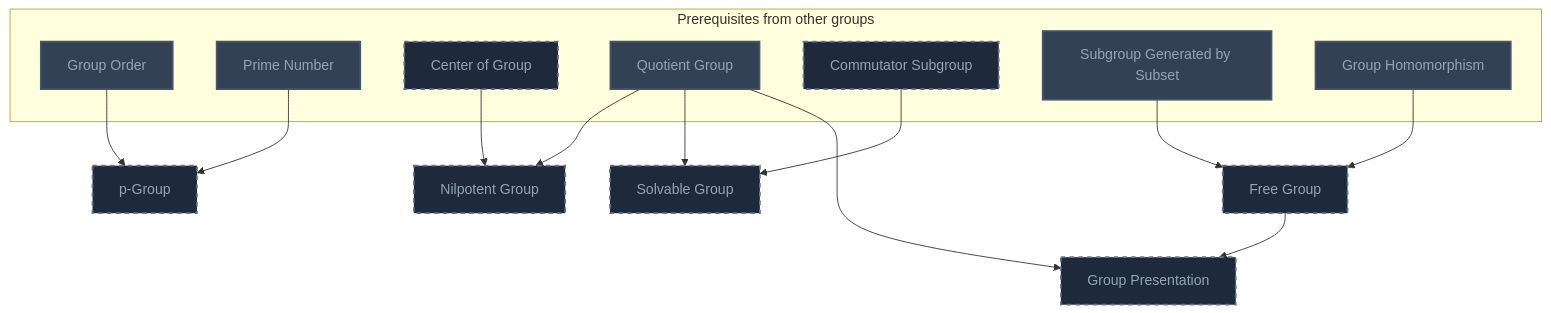
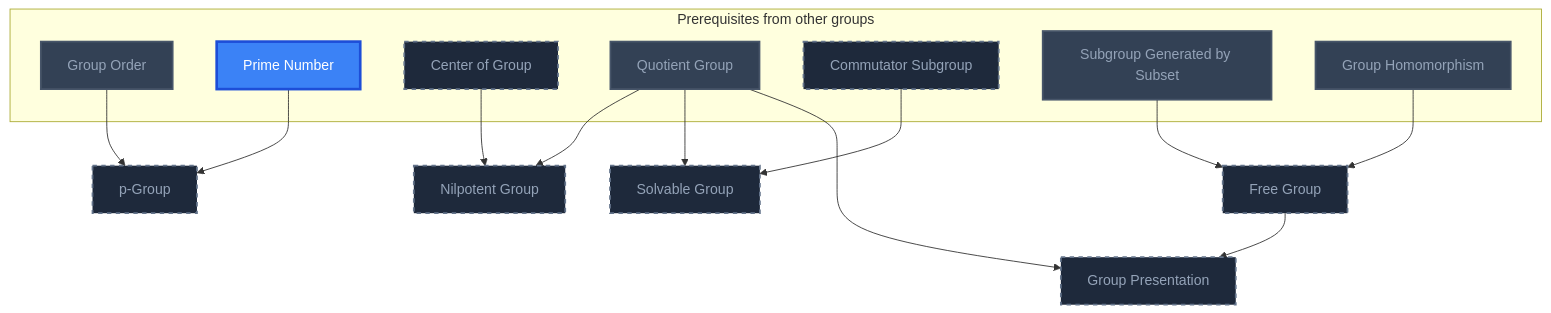
One commit to MRauf1/My-Notes changed the seventh of 20 diagrams in Gamification/Skill Trees/Abstract Algebra.md. Above: the diagram before and after it, drawn with Mermaid. The commit also changed other lines of this file and 156 other files, not shown here.

````diff
--- a/Gamification/Skill Trees/Abstract Algebra.md
+++ b/Gamification/Skill Trees/Abstract Algebra.md
@@ -582,39 +590,40 @@
 ```mermaid
 flowchart TD
     classDef planned fill:#1E293B,stroke:#64748B,stroke-width:2px,stroke-dasharray:5 5,color:#94A3B8;
     classDef locked fill:#334155,stroke:#475569,stroke-width:2px,color:#94A3B8;
     classDef L0 fill:#F1F5F9,stroke:#94A3B8,stroke-width:2px,color:#000000;
     classDef L1 fill:#22C55E,stroke:#15803D,stroke-width:2px,color:#000000;
     classDef L2 fill:#3B82F6,stroke:#1D4ED8,stroke-width:3px,color:#FFFFFF;
     classDef L3 fill:#A855F7,stroke:#6B21A8,stroke-width:3px,color:#FFFFFF,font-weight:bold;
     classDef L4 fill:#F97316,stroke:#C2410C,stroke-width:4px,color:#000000,font-weight:bold;
     classDef L5 fill:#FFD700,stroke:#FF8C00,stroke-width:5px,color:#000000,font-weight:bold;
     classDef rusty stroke:#8B4513,stroke-width:4px,stroke-dasharray:3 3;
     subgraph sg_prereqs["Prerequisites from other groups"]
         n_group_order["Group Order"]
         n_prime_number["Prime Number"]
         n_center_of_group["Center of Group"]
         n_quotient_group["Quotient Group"]
         n_commutator_subgroup["Commutator Subgroup"]
         n_subgroup_generated_by_subset["Subgroup Generated by Subset"]
         n_group_homomorphism["Group Homomorphism"]
     end
     n_p_group["p-Group"]
     n_nilpotent_group["Nilpotent Group"]
     n_solvable_group["Solvable Group"]
     n_free_group["Free Group"]
     n_group_presentation["Group Presentation"]
     n_group_order --> n_p_group
     n_prime_number --> n_p_group
     n_center_of_group --> n_nilpotent_group
     n_quotient_group --> n_nilpotent_group
     n_commutator_subgroup --> n_solvable_group
     n_quotient_group --> n_solvable_group
     n_subgroup_generated_by_subset --> n_free_group
     n_group_homomorphism --> n_free_group
     n_free_group --> n_group_presentation
     n_quotient_group --> n_group_presentation
     class n_center_of_group,n_commutator_subgroup,n_p_group,n_nilpotent_group,n_solvable_group,n_free_group,n_group_presentation planned;
-    class n_group_order,n_prime_number,n_quotient_group,n_subgroup_generated_by_subset,n_group_homomorphism locked;
+    class n_group_order,n_quotient_group,n_subgroup_generated_by_subset,n_group_homomorphism locked;
+    class n_prime_number L2;
     class n_group_order,n_prime_number,n_quotient_group,n_subgroup_generated_by_subset,n_group_homomorphism internal-link;
 ```
````
